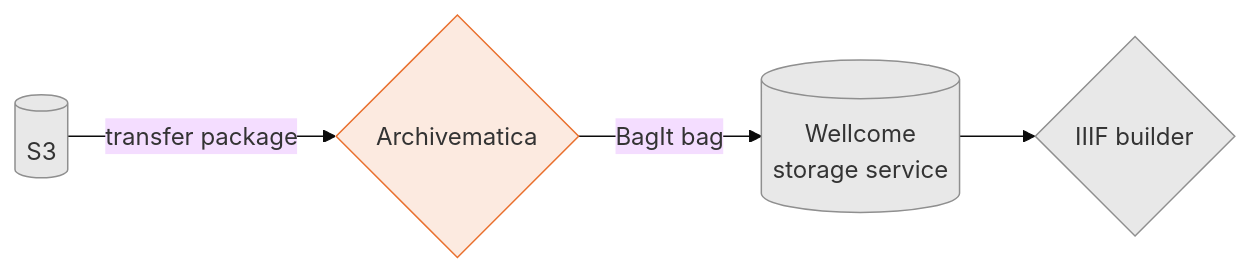
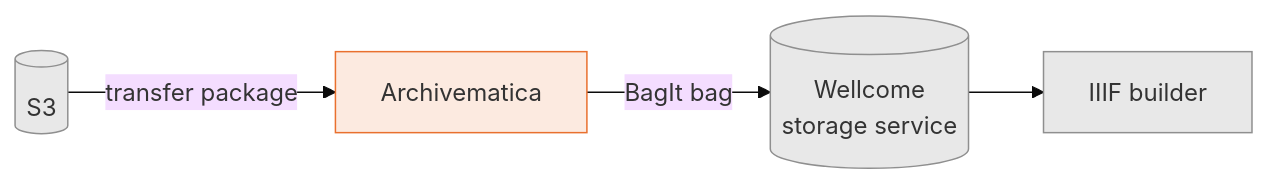
The diagram in README.md (wellcomecollection/archivematica-infrastructure), drawn with Mermaid (base theme) before and after one commit. The commit also changed 2 other files, not shown here.

Commit message:
Write a bit about the Archivematica apps
[skip ci]

````diff
--- a/README.md
+++ b/README.md
@@ -31,12 +31,12 @@
 ```mermaid
 graph LR
-    S[(S3)] -->|transfer package| Ar{Archivematica}
+    S[(S3)] -->|transfer package| Ar[Archivematica]
     Ar -->|BagIt bag| WSS[(Wellcome<br/>storage service)]
-    WSS --> I{IIIF builder}
+    WSS --> I[IIIF builder]
 
     classDef archivematicaNode fill:#e9702e,stroke:#e9702e,fill-opacity:0.15
     class Ar archivematicaNode
 
     classDef genericNode fill:#e8e8e8,stroke:#8f8f8f
     class S,WSS,I genericNode
 ```
````
